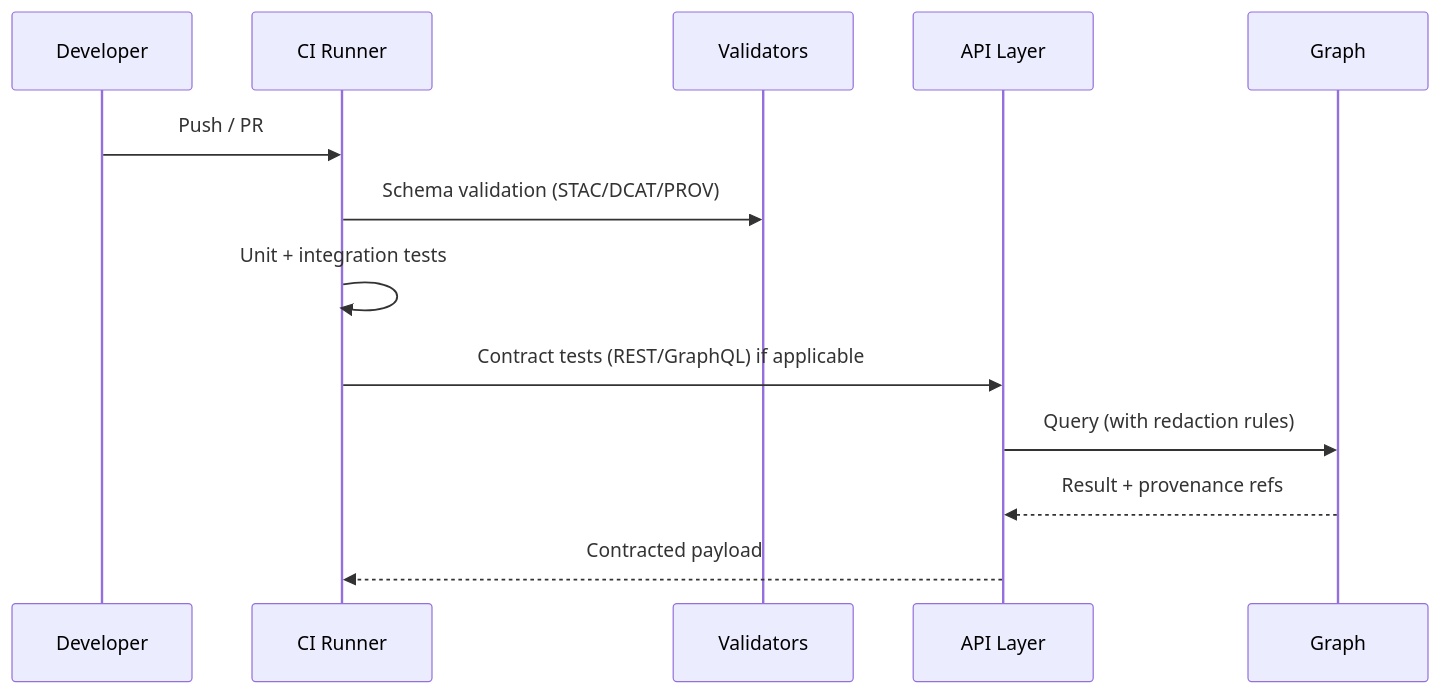
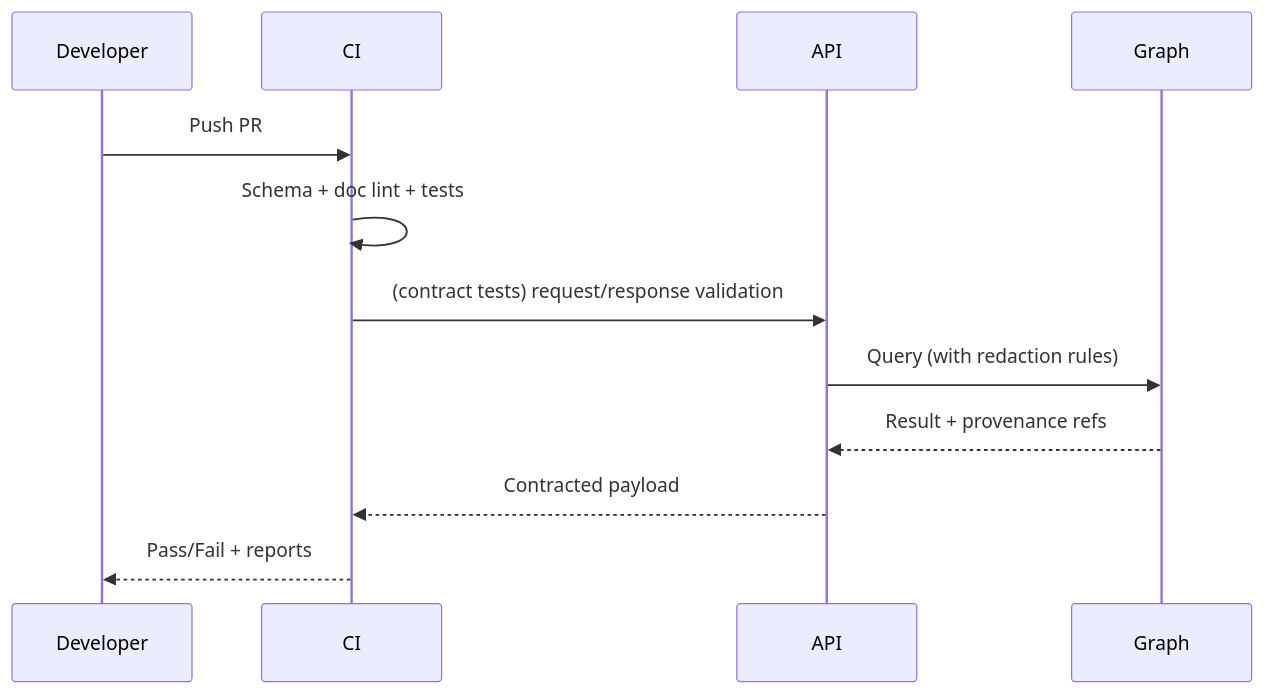
The second of 2 diagrams in tests/README.md (bartytime4life/Kansas-Frontier-Matrix), drawn with Mermaid before and after one commit. The commit also changed other lines of this file, not shown here.

```diff
--- a/tests/README.md
+++ b/tests/README.md
@@ -189,16 +175,15 @@
 ~~~mermaid
 sequenceDiagram
   participant Dev as Developer
-  participant CI as CI Runner
-  participant Val as Validators
-  participant API as API Layer
-  participant G as Graph
+  participant CI as CI
+  participant API as API
+  participant Graph as Graph
 
-  Dev->>CI: Push / PR
-  CI->>Val: Schema validation (STAC/DCAT/PROV)
-  CI->>CI: Unit + integration tests
-  CI->>API: Contract tests (REST/GraphQL) if applicable
-  API->>G: Query (with redaction rules)
-  G-->>API: Result + provenance refs
+  Dev->>CI: Push PR
+  CI->>CI: Schema + doc lint + tests
+  CI->>API: (contract tests) request/response validation
+  API->>Graph: Query (with redaction rules)
+  Graph-->>API: Result + provenance refs
   API-->>CI: Contracted payload
+  CI-->>Dev: Pass/Fail + reports
 ~~~
```
